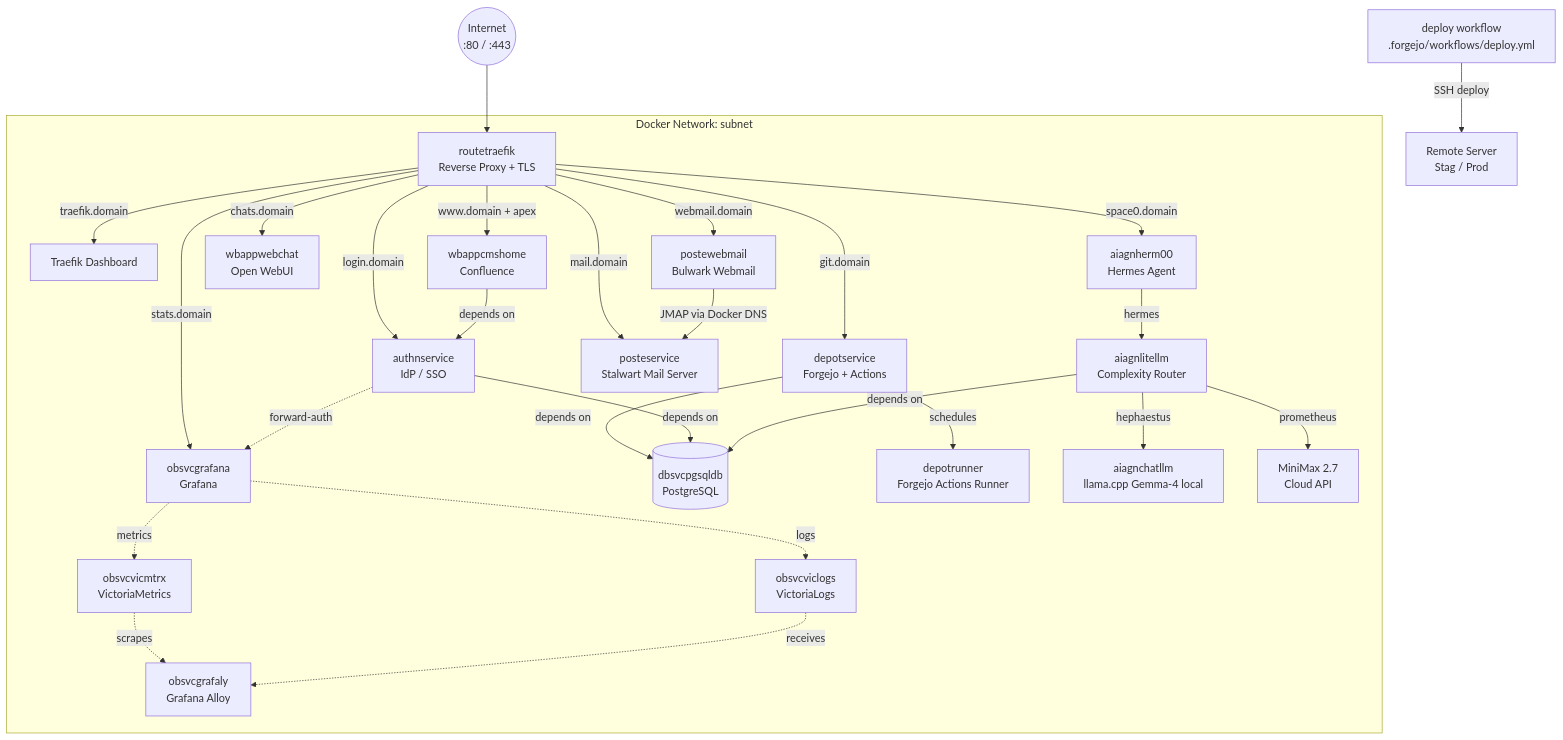
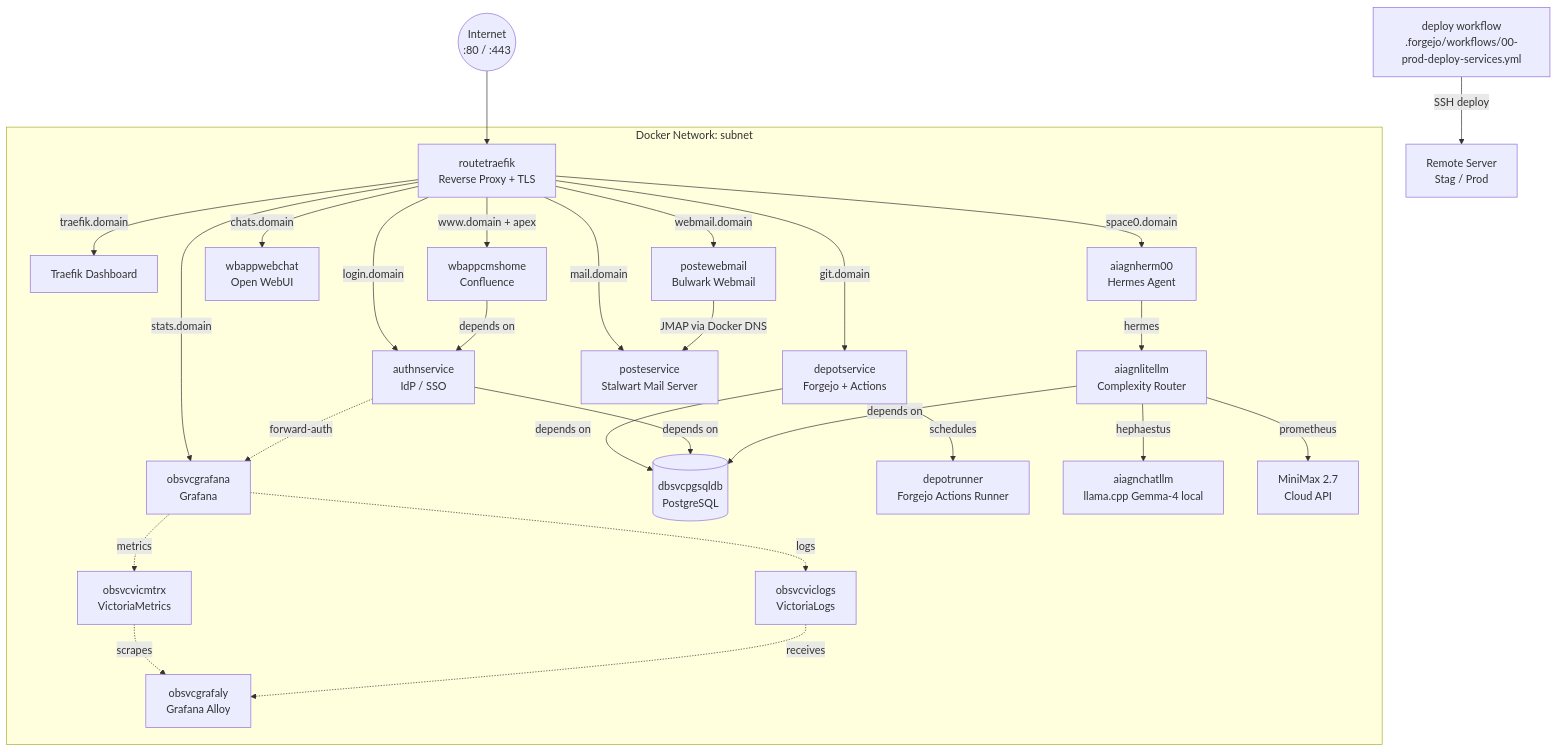
The first of 2 diagrams in README.md (yongxinL/servicehub), drawn with Mermaid before and after one commit. The commit also changed other lines of this file and 11 other files, not shown here.

````diff
--- a/README.md
+++ b/README.md
@@ -44,34 +44,34 @@
 ```mermaid
 graph TD
     Internet((Internet\n:80 / :443))
     Internet --> Traefik
 
     subgraph subnet[Docker Network: subnet]
         Traefik[routetraefik\nReverse Proxy + TLS]
         Traefik -->|traefik.domain| Dashboard[Traefik Dashboard]
         Traefik -->|login.domain| Authentik[authnservice\nIdP / SSO]
         Traefik -->|git.domain| Forgejo[depotservice\nForgejo + Actions]
         Traefik -->|www.domain + apex| Confluence[wbappcmshome\nConfluence]
         Traefik -->|chats.domain| OpenWebUI[wbappwebchat\nOpen WebUI]
         Traefik -->|space0.domain| Hermes[aiagnherm00\nHermes Agent]
         Traefik -->|stats.domain| Grafana[obsvcgrafana\nGrafana]
         Traefik -->|mail.domain| Stalwart[posteservice\nStalwart Mail Server]
         Traefik -->|webmail.domain| Bulwark[postewebmail\nBulwark Webmail]
         Bulwark -->|JMAP via Docker DNS| Stalwart
         Authentik -.->|forward-auth| Grafana
         Forgejo -->|depends on| PostgreSQL[(dbsvcpgsqldb\nPostgreSQL)]
         Authentik -->|depends on| PostgreSQL
         Confluence -->|depends on| Authentik
         Forgejo -->|schedules| Runner[depotrunner\nForgejo Actions Runner]
         Hermes -->|hermes| LiteLLM[aiagnlitellm\nComplexity Router]
         LiteLLM -->|depends on| PostgreSQL
         LiteLLM -->|hephaestus| Gemma[aiagnchatllm\nllama.cpp Gemma-4 local]
         LiteLLM -->|prometheus| MiniMax[MiniMax 2.7\nCloud API]
         Grafana -.->|metrics| VM[obsvcvicmtrx\nVictoriaMetrics]
         Grafana -.->|logs| VL[obsvcviclogs\nVictoriaLogs]
         VM -.->|scrapes| Alloy[obsvcgrafaly\nGrafana Alloy]
         VL -.->|receives| Alloy
     end
 
-    WPDeploy[deploy workflow\n.forgejo/workflows/deploy.yml] -->|SSH deploy| RemoteServer[Remote Server\nStag / Prod]
+    WPDeploy[deploy workflow\n.forgejo/workflows/00-prod-deploy-services.yml] -->|SSH deploy| RemoteServer[Remote Server\nStag / Prod]
 ```
````
